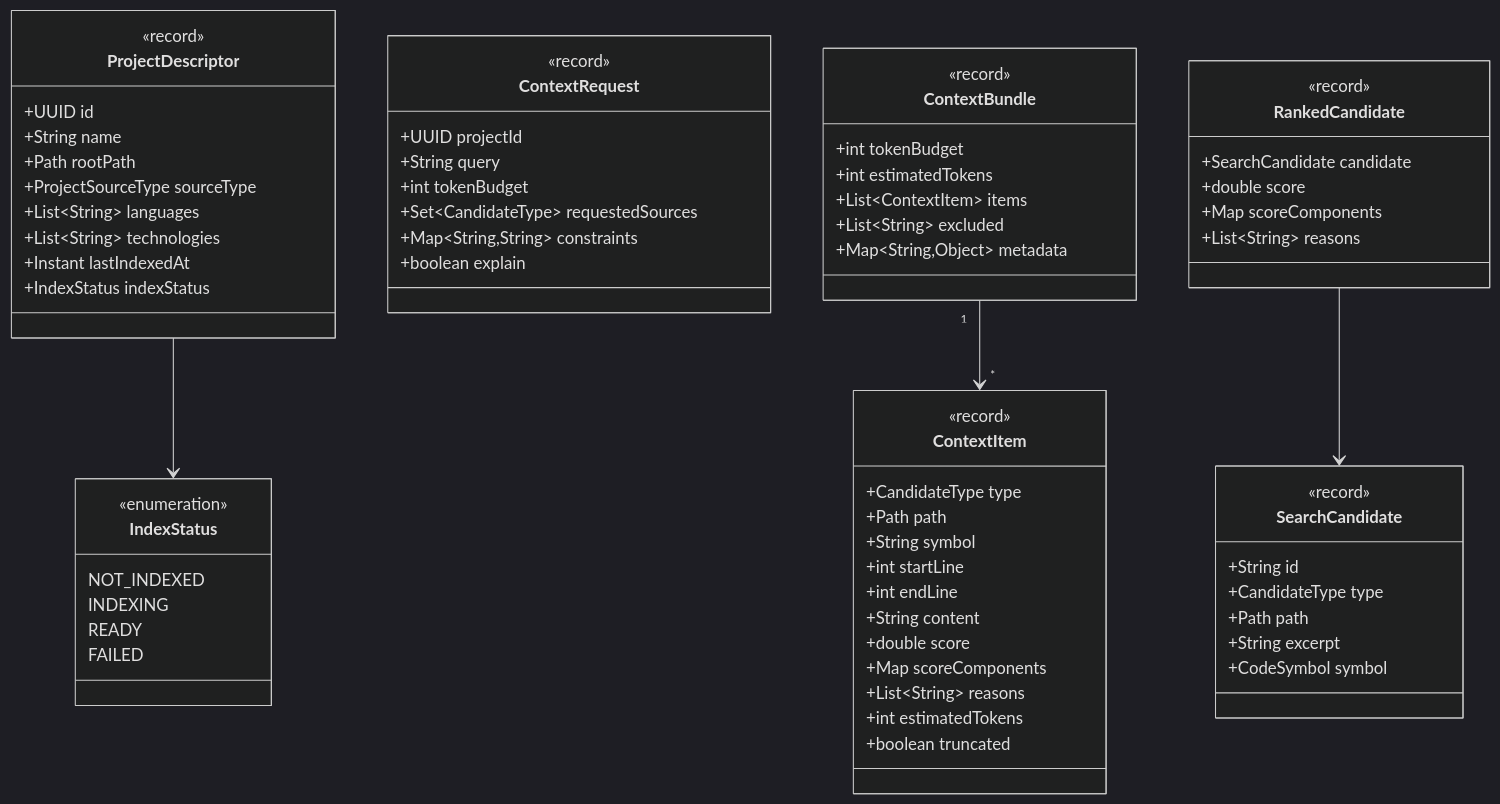
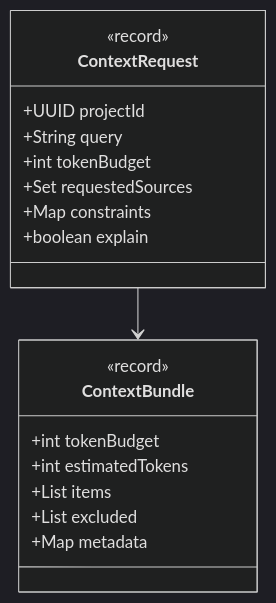
The third of 4 diagrams in docs/architecture/arc42/05-vue-blocs.md (FTurleque/nexus-context-engine), drawn with Mermaid (dark theme) before and after one commit. The commit also changed other lines of this file and 21 other files, not shown here.

````diff
--- a/docs/architecture/arc42/05-vue-blocs.md
+++ b/docs/architecture/arc42/05-vue-blocs.md
@@ -106,77 +92,23 @@
 ```mermaid
 classDiagram
-    class ProjectDescriptor {
-        <<record>>
-        +UUID id
-        +String name
-        +Path rootPath
-        +ProjectSourceType sourceType
-        +List~String~ languages
-        +List~String~ technologies
-        +Instant lastIndexedAt
-        +IndexStatus indexStatus
-    }
-
-    class IndexStatus {
-        <<enumeration>>
-        NOT_INDEXED
-        INDEXING
-        READY
-        FAILED
-    }
-
     class ContextRequest {
         <<record>>
         +UUID projectId
         +String query
         +int tokenBudget
-        +Set~CandidateType~ requestedSources
-        +Map~String,String~ constraints
+        +Set requestedSources
+        +Map constraints
         +boolean explain
     }
 
     class ContextBundle {
         <<record>>
         +int tokenBudget
         +int estimatedTokens
-        +List~ContextItem~ items
-        +List~String~ excluded
-        +Map~String,Object~ metadata
+        +List items
+        +List excluded
+        +Map metadata
     }
 
-    class ContextItem {
-        <<record>>
-        +CandidateType type
-        +Path path
-        +String symbol
-        +int startLine
-        +int endLine
-        +String content
-        +double score
-        +Map scoreComponents
-        +List~String~ reasons
-        +int estimatedTokens
-        +boolean truncated
-    }
-
-    class RankedCandidate {
-        <<record>>
-        +SearchCandidate candidate
-        +double score
-        +Map scoreComponents
-        +List~String~ reasons
-    }
-
-    class SearchCandidate {
-        <<record>>
-        +String id
-        +CandidateType type
-        +Path path
-        +String excerpt
-        +CodeSymbol symbol
-    }
-
-    ProjectDescriptor --> IndexStatus
-    ContextBundle "1" --> "*" ContextItem
-    RankedCandidate --> SearchCandidate
+    ContextRequest --> ContextBundle
 ```
````
